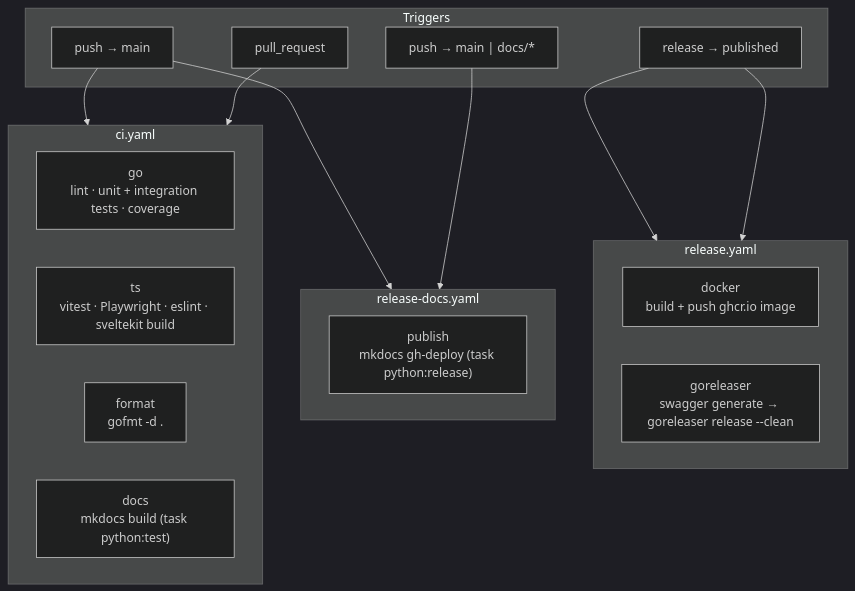
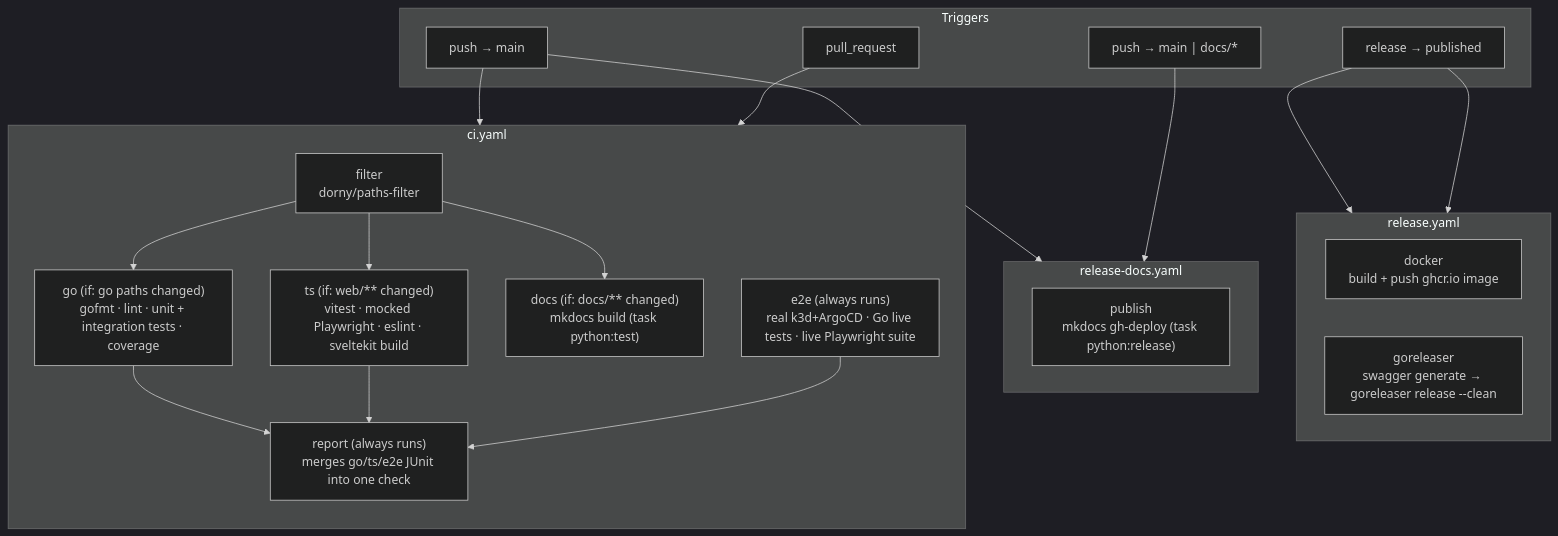
The diagram in docs/agents/ci.md (ivanklee86/tangle), drawn with Mermaid (dark theme) before and after one commit. The commit also changed other lines of this file, not shown here.

````diff
--- a/docs/agents/ci.md
+++ b/docs/agents/ci.md
@@ -13,34 +17,43 @@
 ```mermaid
 flowchart TB
     subgraph triggers[Triggers]
         push_main["push → main"]
         pr["pull_request"]
         push_docs["push → main | docs/*"]
         release_pub["release → published"]
     end
 
     subgraph ci_wf["ci.yaml"]
-        direction LR
-        go_job["go<br/>lint · unit + integration tests · coverage"]
-        ts_job["ts<br/>vitest · Playwright · eslint · sveltekit build"]
-        format_job["format<br/>gofmt -d ."]
-        docs_job["docs<br/>mkdocs build (task python:test)"]
+        direction TB
+        filter_job["filter<br/>dorny/paths-filter"]
+        go_job["go (if: go paths changed)<br/>gofmt · lint · unit + integration tests · coverage"]
+        ts_job["ts (if: web/** changed)<br/>vitest · mocked Playwright · eslint · sveltekit build"]
+        docs_job["docs (if: docs/** changed)<br/>mkdocs build (task python:test)"]
+        e2e_job["e2e (always runs)<br/>real k3d+ArgoCD · Go live tests · live Playwright suite"]
+        report_job["report (always runs)<br/>merges go/ts/e2e JUnit into one check"]
+
+        filter_job --> go_job
+        filter_job --> ts_job
+        filter_job --> docs_job
+        go_job --> report_job
+        ts_job --> report_job
+        e2e_job --> report_job
     end
 
     subgraph docs_wf["release-docs.yaml"]
         publish_job["publish<br/>mkdocs gh-deploy (task python:release)"]
     end
 
     subgraph release_wf["release.yaml"]
         direction LR
         docker_job["docker<br/>build + push ghcr.io image"]
         goreleaser_job["goreleaser<br/>swagger generate → goreleaser release --clean"]
     end
 
     push_main --> ci_wf
     pr --> ci_wf
     push_main --> docs_wf
     push_docs --> docs_wf
     release_pub --> docker_job
     release_pub --> goreleaser_job
 ```
````
